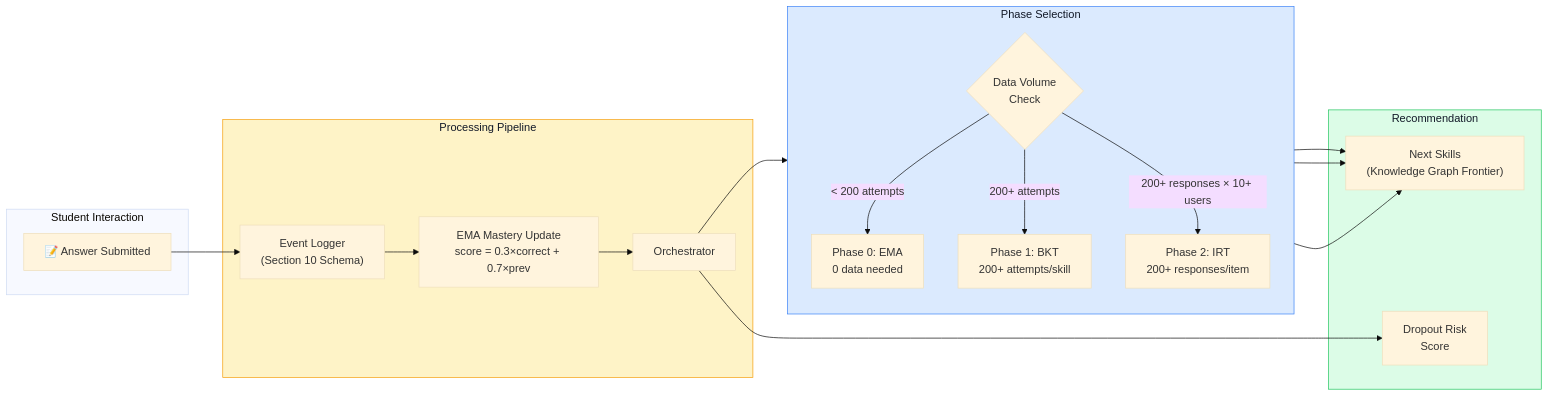
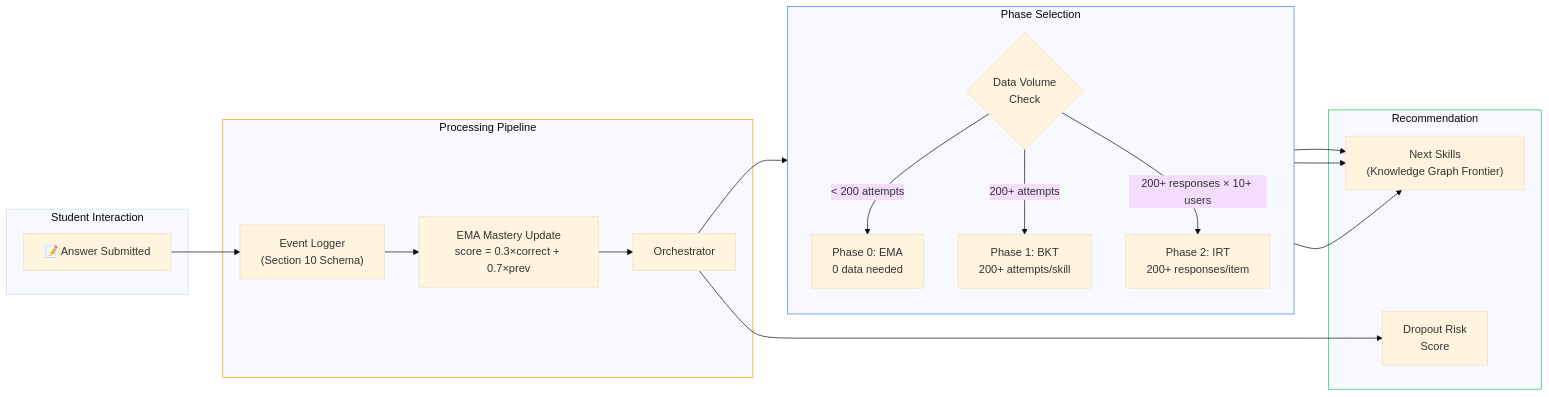
Before and after one commit to adarsh-67r/Anvesh: the second of 5 diagrams in docs/diagrams.md, drawn with Mermaid (base theme). The commit also changed other lines of this file and 1 other file, not shown here.

Commit message:
Use theme-neutral diagram styles so labels and arrows show on GitHub

````diff
--- a/docs/diagrams.md
+++ b/docs/diagrams.md
@@ -67,38 +67,38 @@
 ```mermaid
 flowchart LR
     subgraph Input["Student Interaction"]
         ANS["📝 Answer Submitted"]
     end
 
     subgraph Pipeline["Processing Pipeline"]
         LOG["Event Logger<br/>(Section 10 Schema)"]
         UPD["EMA Mastery Update<br/>score = 0.3×correct + 0.7×prev"]
         ORC["Orchestrator"]
     end
 
     subgraph Phases["Phase Selection"]
         direction TB
         CHECK{"Data Volume<br/>Check"}
         P0["Phase 0: EMA<br/>0 data needed"]
         P1["Phase 1: BKT<br/>200+ attempts/skill"]
         P2["Phase 2: IRT<br/>200+ responses/item"]
     end
 
     subgraph Output["Recommendation"]
         REC["Next Skills<br/>(Knowledge Graph Frontier)"]
         RISK["Dropout Risk<br/>Score"]
     end
 
     ANS --> LOG --> UPD --> ORC --> CHECK
     CHECK -->|"< 200 attempts"| P0
     CHECK -->|"200+ attempts"| P1
     CHECK -->|"200+ responses × 10+ users"| P2
     P0 --> REC
     P1 --> REC
     P2 --> REC
     ORC --> RISK
 
-    style Pipeline fill:#fef3c7,stroke:#f59e0b,color:#111827
-    style Phases fill:#dbeafe,stroke:#3b82f6,color:#111827
-    style Output fill:#dcfce7,stroke:#22c55e,color:#111827
+    style Pipeline stroke:#f59e0b
+    style Phases stroke:#3b82f6
+    style Output stroke:#22c55e
 ```
````
